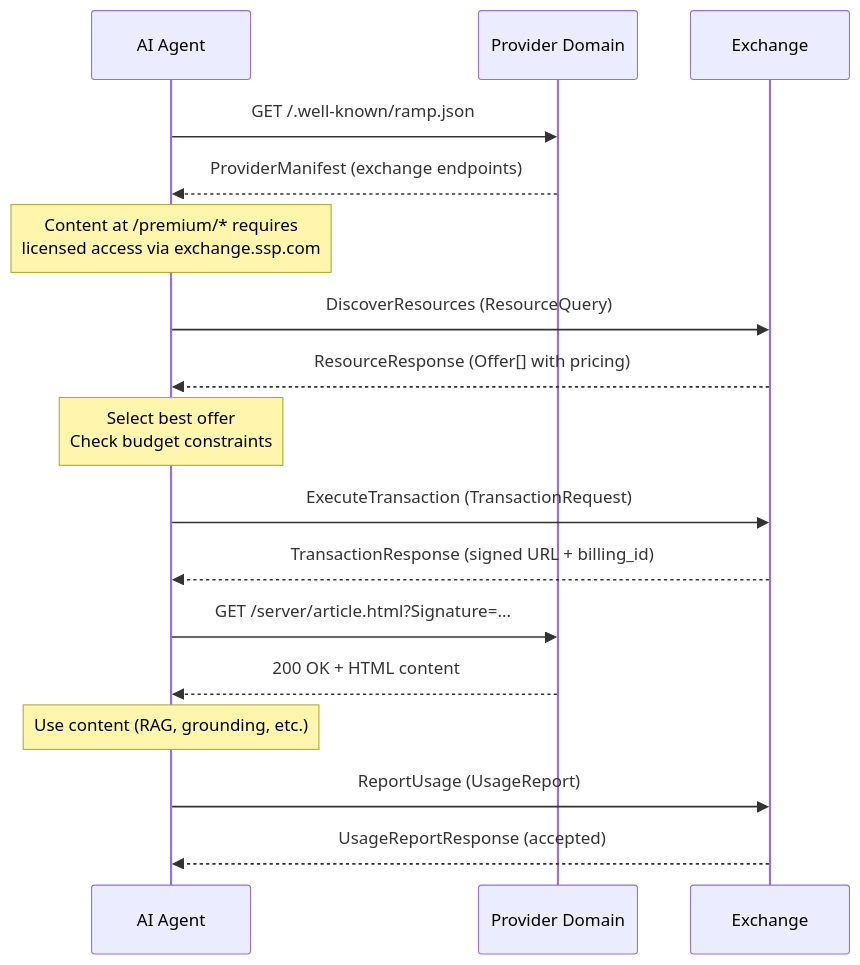
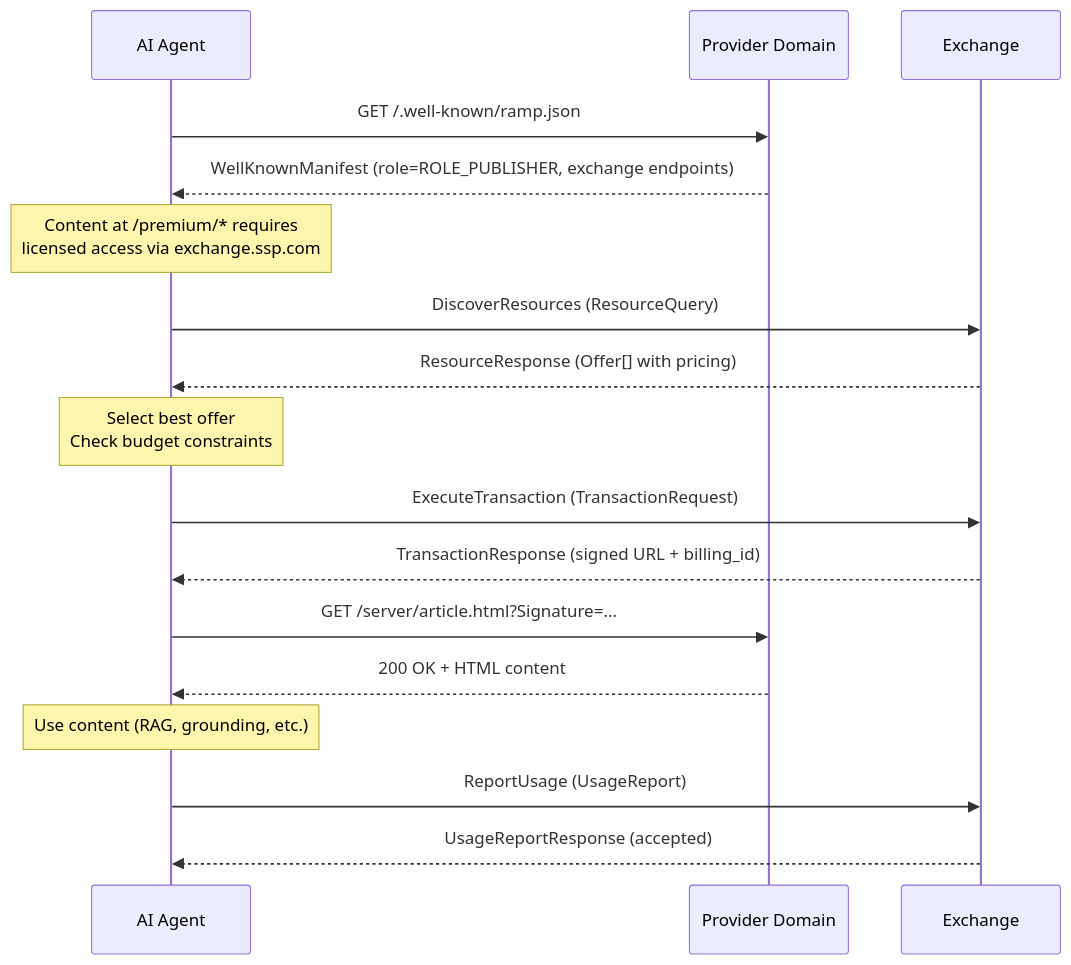
Before and after one commit to RAMP-Protocol/protocol: the first of 6 diagrams in website/src/content/docs/protocol/discovery-paths.mdx, drawn with Mermaid. The commit also changed other lines of this file and 49 other files, not shown here.

First line of the commit message:
docs(website): sync site to unified well-known endpoint + marketplace→exchange rename

````diff
--- a/website/src/content/docs/protocol/discovery-paths.mdx
+++ b/website/src/content/docs/protocol/discovery-paths.mdx
@@ -23,27 +23,27 @@
 ```mermaid
 sequenceDiagram
     participant Agent as AI Agent
     participant PUB as Provider Domain
     participant MP as Exchange
 
     Agent->>PUB: GET /.well-known/ramp.json
-    PUB-->>Agent: ProviderManifest (exchange endpoints)
+    PUB-->>Agent: WellKnownManifest (role=ROLE_PUBLISHER, exchange endpoints)
 
     Note over Agent: Content at /premium/* requires<br/>licensed access via exchange.ssp.com
 
     Agent->>MP: DiscoverResources (ResourceQuery)
     MP-->>Agent: ResourceResponse (Offer[] with pricing)
 
     Note over Agent: Select best offer<br/>Check budget constraints
 
     Agent->>MP: ExecuteTransaction (TransactionRequest)
     MP-->>Agent: TransactionResponse (signed URL + billing_id)
 
     Agent->>PUB: GET /server/article.html?Signature=...
     PUB-->>Agent: 200 OK + HTML content
 
     Note over Agent: Use content (RAG, grounding, etc.)
 
     Agent->>MP: ReportUsage (UsageReport)
     MP-->>Agent: UsageReportResponse (accepted)
 ```
````
